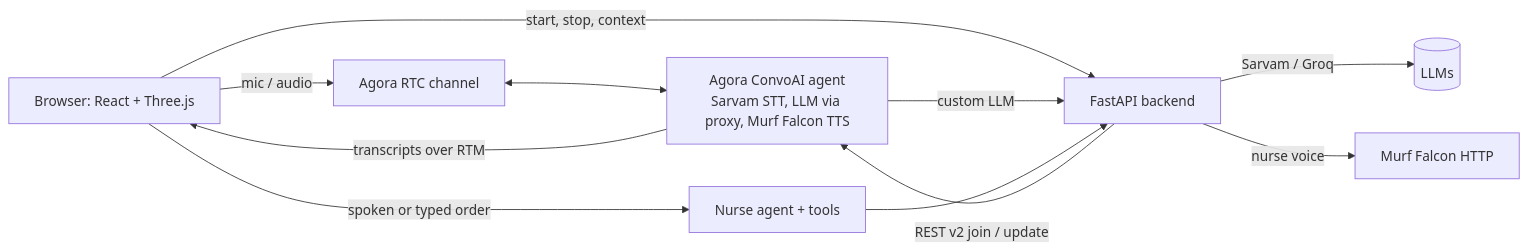
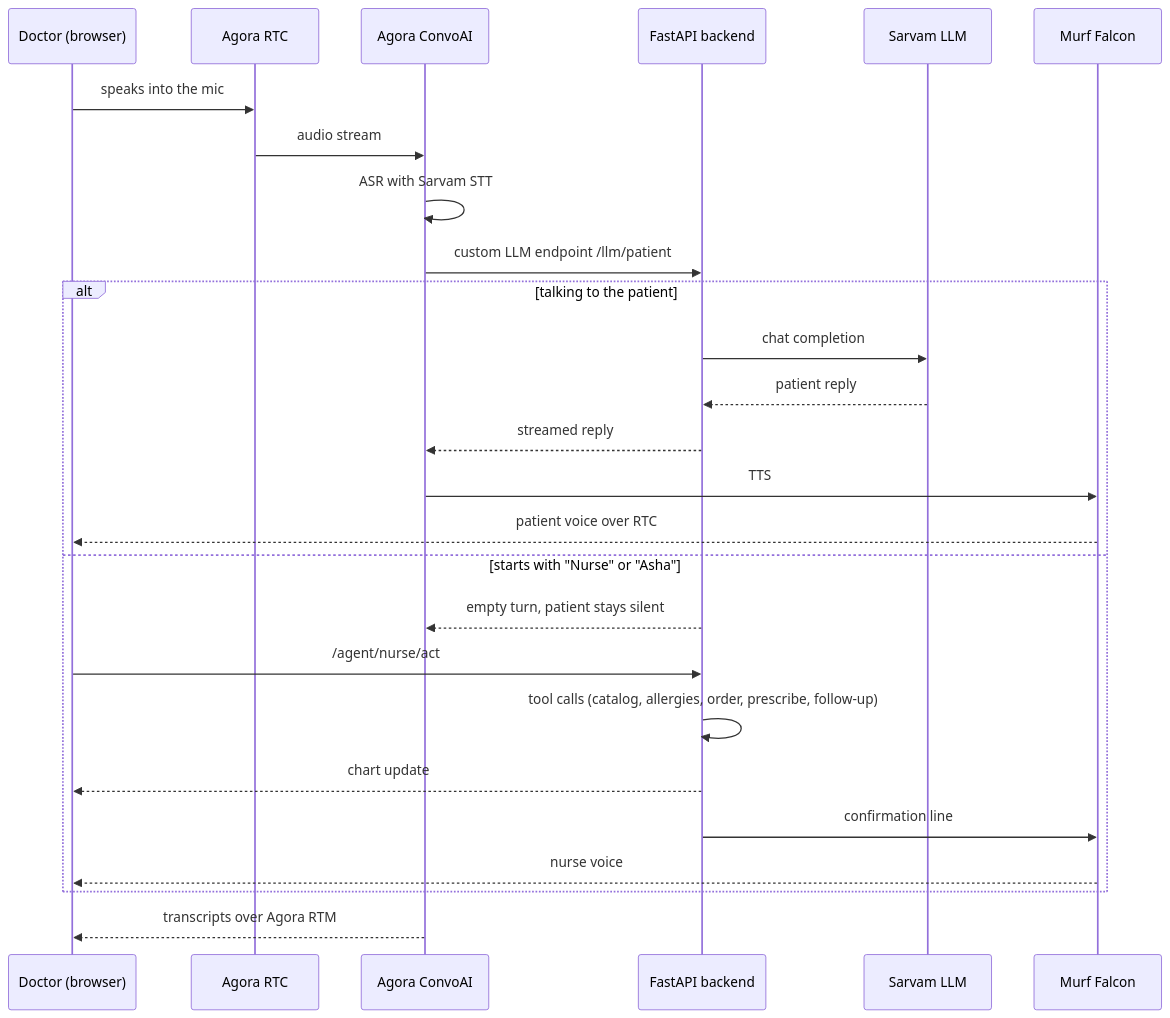
One commit to DarshanKrishna-DK/Med-Sim changed the diagram in README.md. Above: the diagram before and after it, drawn with Mermaid. The commit also changed other lines of this file and 7 other files, not shown here.

Commit message:
Rebuild README: animated header, architecture, loop and cast graphics, short sections; drop DEPLOY.md from the repo

````diff
--- a/README.md
+++ b/README.md
@@ -106,13 +91,28 @@
 ```mermaid
-flowchart LR
-  B[Browser: React + Three.js] -- mic / audio --> A[Agora RTC channel]
-  A <--> C[Agora ConvoAI agent<br/>Sarvam STT, LLM via proxy, Murf Falcon TTS]
-  C -- transcripts over RTM --> B
-  B -- start, stop, context --> S[FastAPI backend]
-  S -- REST v2 join / update --> C
-  C -- custom LLM --> S
-  B -- spoken or typed order --> N[Nurse agent + tools]
-  N --> S
-  S -- Sarvam / Groq --> L[(LLMs)]
-  S -- nurse voice --> M[Murf Falcon HTTP]
+sequenceDiagram
+  participant D as Doctor (browser)
+  participant R as Agora RTC
+  participant C as Agora ConvoAI
+  participant B as FastAPI backend
+  participant S as Sarvam LLM
+  participant M as Murf Falcon
+  D->>R: speaks into the mic
+  R->>C: audio stream
+  C->>C: ASR with Sarvam STT
+  C->>B: custom LLM endpoint /llm/patient
+  alt talking to the patient
+    B->>S: chat completion
+    S-->>B: patient reply
+    B-->>C: streamed reply
+    C->>M: TTS
+    M-->>D: patient voice over RTC
+  else starts with "Nurse" or "Asha"
+    B-->>C: empty turn, patient stays silent
+    D->>B: /agent/nurse/act
+    B->>B: tool calls (catalog, allergies, order, prescribe, follow-up)
+    B-->>D: chart update
+    B->>M: confirmation line
+    M-->>D: nurse voice
+  end
+  C-->>D: transcripts over Agora RTM
 ```
````
